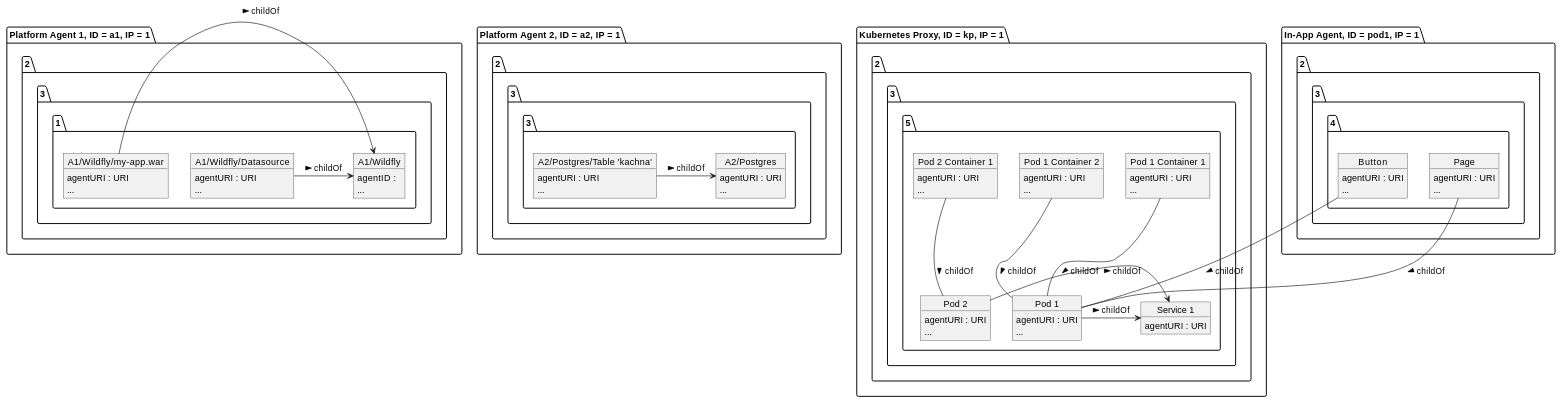
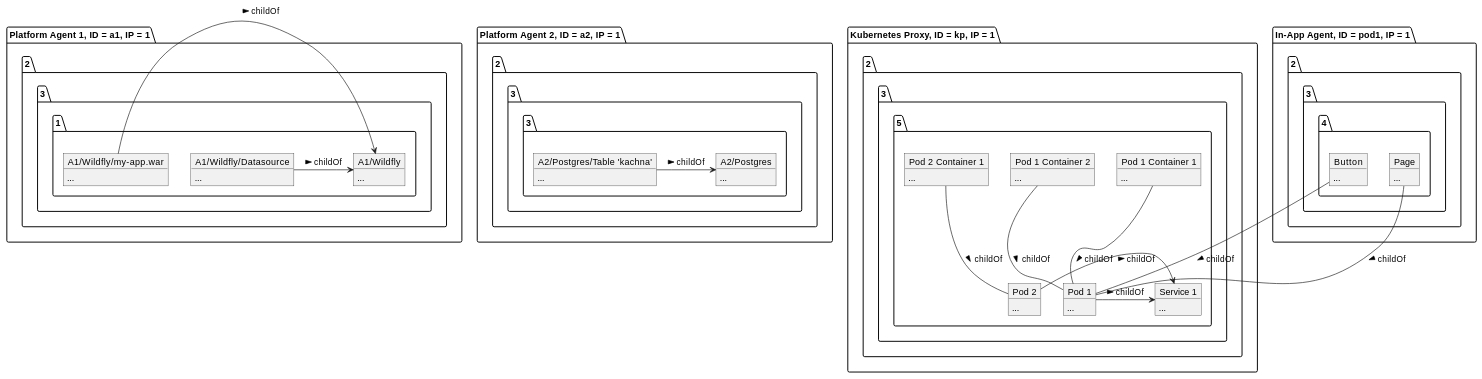
Before and after one commit to metlos/rhq.next-thoughts: diagram 11 of 11 in doc/architecture.adoc, drawn with PlantUML. The commit also changed other lines of this file, not shown here.

Commit message:
Updates to introduction, discovery workflow and wrote agent identity chapter.

```diff
--- a/doc/architecture.adoc
+++ b/doc/architecture.adoc
@@ -488,19 +471,16 @@
-[plantuml, discovery-queue-3]
+[plantuml, discovery-queue-4]
 ....
 
 package "Platform Agent 1, ID = a1, IP = 1.2.3.1" {
     object "A1/Wildfly" as pa1Wfly {
-        agentID : 
         ...
     }
 
     object "A1/Wildfly/Datasource" as pa1DS {
-        agentURI : URI
         ...
     }
 
     object "A1/Wildfly/my-app.war" as pa1War {
-        agentURI : URI
         ...
     }
 
@@ -510,12 +490,10 @@
 
 package "Platform Agent 2, ID = a2, IP = 1.2.3.3" {
     object "A2/Postgres" as pa2Postgres {
-        agentURI : URI
         ...
     }
 
     object "A2/Postgres/Table 'kachna'" as pa2Kachna {
-        agentURI : URI
         ...
     }
 
@@ -524,43 +502,36 @@
 
 package "In-App Agent, ID = pod1, IP = 1.2.3.4" {
     object "Button" as iaBtn {
-        agentURI : URI
         ...
     }
 
     object "Page" as iaPage {
-        agentURI : URI
         ...
     }
 }
 
 package "Kubernetes Proxy, ID = kp, IP = 1.2.3.5" {
     object "Service 1" as srvc1 {
-        agentURI : URI
+        ...
     }
 
     object "Pod 1" as pod1 {
-        agentURI : URI
         ...
     }
 
     object "Pod 2" as pod2 {
-        agentURI : URI
         ...
     }
 
     object "Pod 1 Container 1" as pod1Cont1 {
-        agentURI : URI
         ...
     }
 
     object "Pod 1 Container 2" as pod1Cont2 {
-        agentURI : URI
         ...
     }
 
     object "Pod 2 Container 1" as pod2Cont1 {
-        agentURI : URI
         ...
     }
 
```
